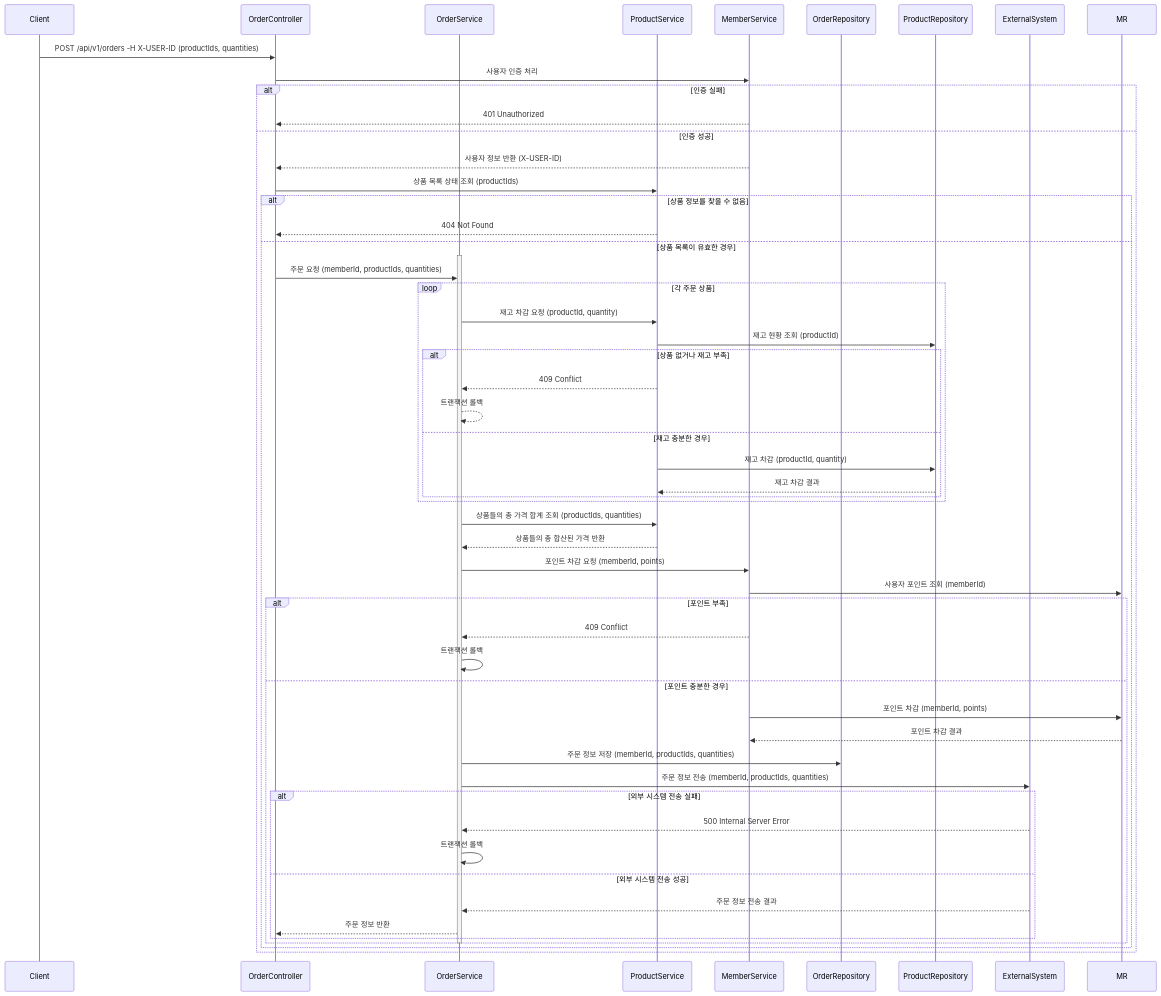
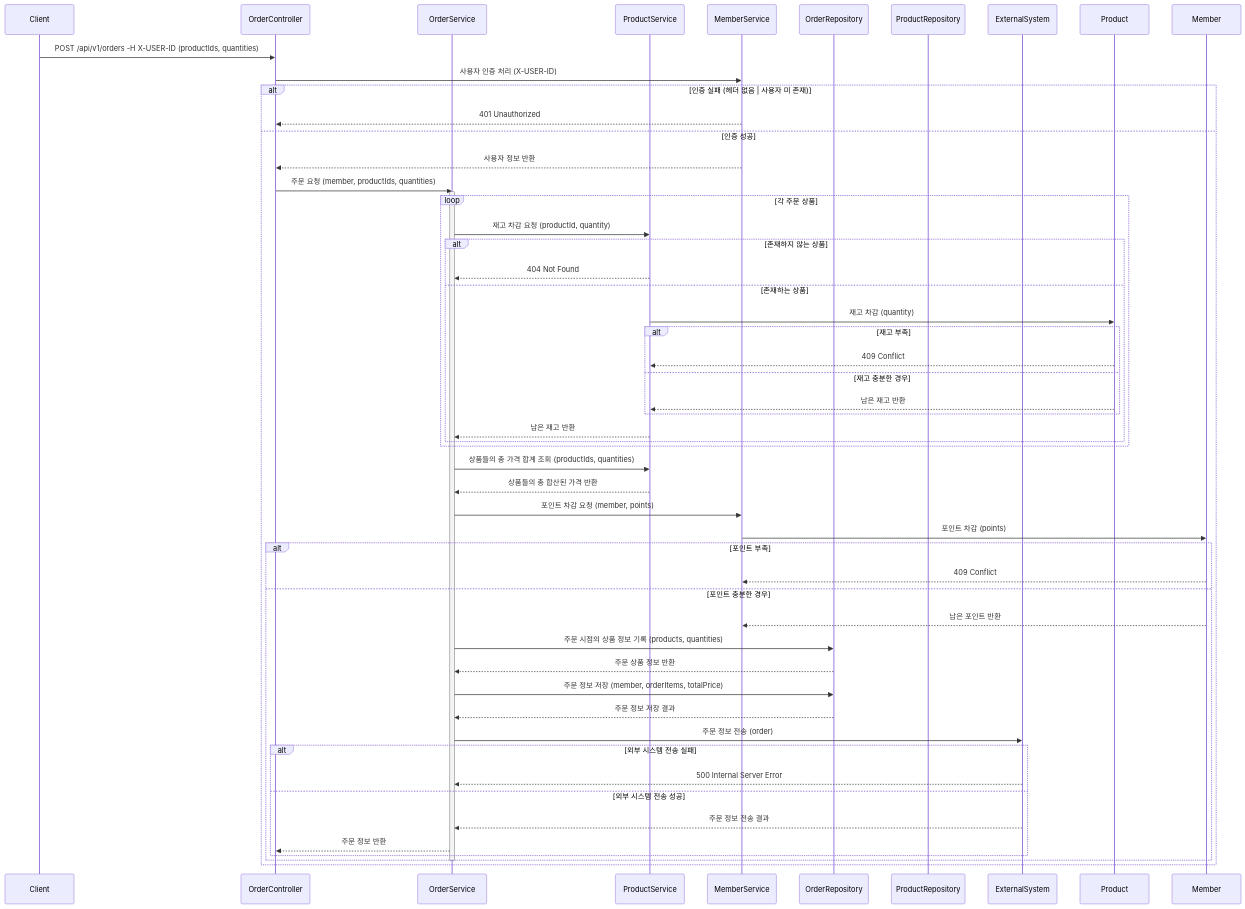
The seventh of 9 diagrams in docs/design/02-sequence-diagrams.md (dhgu-dev/e-commerce), drawn with Mermaid before and after one commit. The commit also changed other lines of this file and 3 other files, not shown here.

First line of the commit message:
docs: 시퀀스 및 클래스 다이어그램 개선 (#11)

````diff
--- a/docs/design/02-sequence-diagrams.md
+++ b/docs/design/02-sequence-diagrams.md
@@ -198,58 +202,58 @@
 ```mermaid
 sequenceDiagram
     participant C as Client
     participant OC as OrderController
     participant OS as OrderService
     participant PS as ProductService
     participant MS as MemberService
     participant OR as OrderRepository
     participant PR as ProductRepository
     participant ES as ExternalSystem
+    participant P as Product
+    participant M as Member
 
     C->>OC: POST /api/v1/orders -H X-USER-ID (productIds, quantities)
-    OC->>MS: 사용자 인증 처리
-    alt 인증 실패
+    OC->>MS: 사용자 인증 처리 (X-USER-ID)
+    alt 인증 실패 (헤더 없음 | 사용자 미 존재)
         MS-->>OC: 401 Unauthorized
     else 인증 성공
-        MS-->>OC: 사용자 정보 반환 (X-USER-ID)
-        OC->>PS: 상품 목록 상태 조회 (productIds)
-        alt 상품 정보를 찾을 수 없음
-            PS-->>OC: 404 Not Found
-        else 상품 목록이 유효한 경우
-            activate OS
-            OC->>OS: 주문 요청 (memberId, productIds, quantities)
-            loop 각 주문 상품
-                OS->>PS: 재고 차감 요청 (productId, quantity)
-                PS->>PR: 재고 현황 조회 (productId)
-                alt 상품 없거나 재고 부족
-                    PS-->>OS: 409 Conflict
-                    OS-->>OS: 트랜잭션 롤백
+        MS-->>OC: 사용자 정보 반환 
+        OC->>OS: 주문 요청 (member, productIds, quantities)
+        activate OS
+        loop 각 주문 상품
+            OS->>PS: 재고 차감 요청 (productId, quantity)
+            alt 존재하지 않는 상품
+                PS-->>OS: 404 Not Found
+            else 존재하는 상품
+                PS->>P: 재고 차감 (quantity)
+                alt 재고 부족
+                    P-->>PS: 409 Conflict
                 else 재고 충분한 경우
-                    PS->>PR: 재고 차감 (productId, quantity)
-                    PR-->>PS: 재고 차감 결과
+                    P-->>PS: 남은 재고 반환
                 end
+                PS-->>OS: 남은 재고 반환
             end
-            OS->>PS: 상품들의 총 가격 합계 조회 (productIds, quantities)
-            PS-->>OS: 상품들의 총 합산된 가격 반환
-            OS->>MS: 포인트 차감 요청 (memberId, points)
-            MS->>MR: 사용자 포인트 조회 (memberId)
-            alt 포인트 부족
-                MS-->>OS: 409 Conflict
-                OS->>OS: 트랜잭션 롤백
-            else 포인트 충분한 경우
-                MS->>MR: 포인트 차감 (memberId, points)
-                MR-->>MS: 포인트 차감 결과
-                OS->>OR: 주문 정보 저장 (memberId, productIds, quantities)
-                OS->>ES: 주문 정보 전송 (memberId, productIds, quantities)
-                alt 외부 시스템 전송 실패
-                    ES-->>OS: 500 Internal Server Error
-                    OS->>OS: 트랜잭션 롤백
-                else 외부 시스템 전송 성공
-                    ES-->>OS: 주문 정보 전송 결과
-                    OS-->>OC: 주문 정보 반환
-                end
+        end
+        OS->>PS: 상품들의 총 가격 합계 조회 (productIds, quantities)
+        PS-->>OS: 상품들의 총 합산된 가격 반환
+        OS->>MS: 포인트 차감 요청 (member, points)
+        MS->>M: 포인트 차감 (points)
+        alt 포인트 부족
+            M-->>MS: 409 Conflict
+        else 포인트 충분한 경우
+            M-->>MS: 남은 포인트 반환
+            OS->>OR: 주문 시점의 상품 정보 기록 (products, quantities)
+            OR-->>OS: 주문 상품 정보 반환
+            OS->>OR: 주문 정보 저장 (member, orderItems, totalPrice)
+            OR-->>OS: 주문 정보 저장 결과
+            OS->>ES: 주문 정보 전송 (order)
+            alt 외부 시스템 전송 실패
+                ES-->>OS: 500 Internal Server Error
+            else 외부 시스템 전송 성공
+                ES-->>OS: 주문 정보 전송 결과
+                OS-->>OC: 주문 정보 반환
             end
-            deactivate OS
         end
+        deactivate OS
     end
 ```
````
